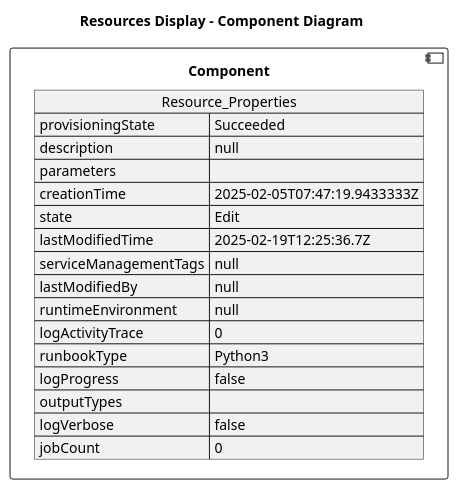
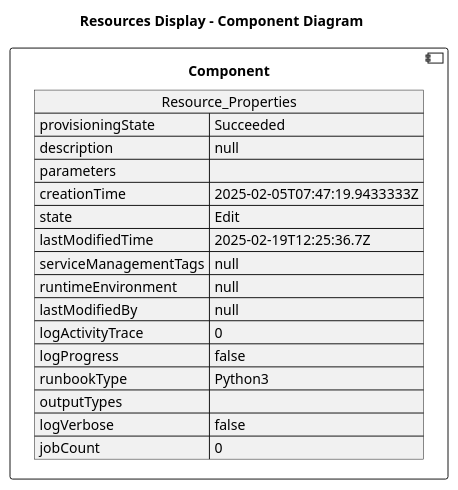
Before and after one commit to DanielAmpong/Test-Azure-architecture-diagram: the diagram in architectureDesign/PUML/rg-tom_Resources/githubbackup.puml, drawn with PlantUML. The commit also changed other lines of this file and 338 other files, not shown here.

```diff
--- a/architectureDesign/PUML/rg-tom_Resources/githubbackup.puml
+++ b/architectureDesign/PUML/rg-tom_Resources/githubbackup.puml
@@ -1,25 +1,25 @@
 @startuml
 
 title Resources Display - Component Diagram
 
 component Component {
 
 json  Resource_Properties {
   "provisioningState": "Succeeded",
   "description": null,
   "parameters": {},
   "creationTime": "2025-02-05T07:47:19.9433333Z",
   "state": "Edit",
   "lastModifiedTime": "2025-02-19T12:25:36.7Z",
   "serviceManagementTags": null,
+  "runtimeEnvironment": null,
   "lastModifiedBy": null,
-  "runtimeEnvironment": null,
   "logActivityTrace": 0,
+  "logProgress": false,
   "runbookType": "Python3",
-  "logProgress": false,
   "outputTypes": [],
   "logVerbose": false,
   "jobCount": 0
 }
 }
 @enduml
```
